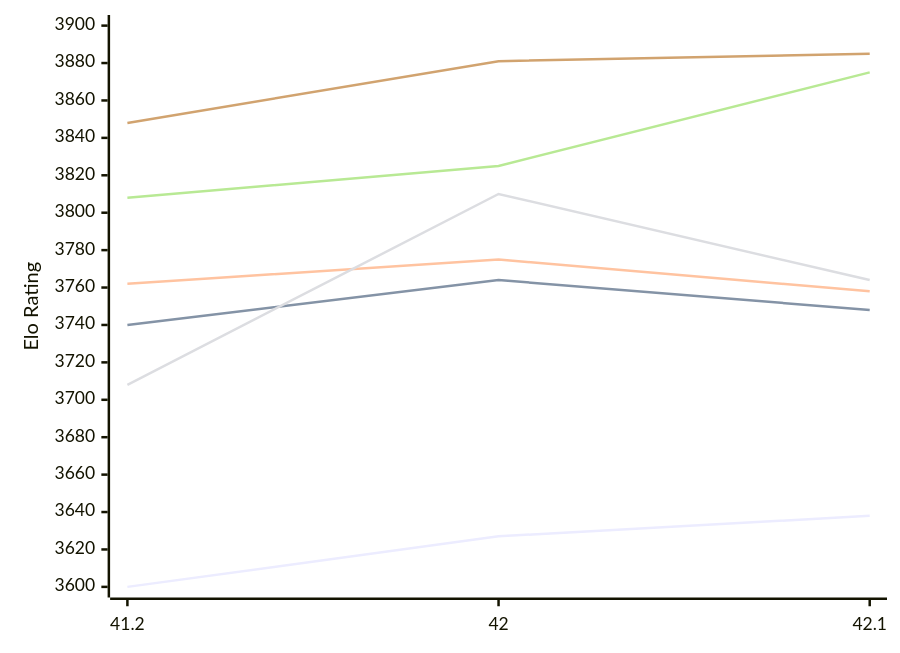
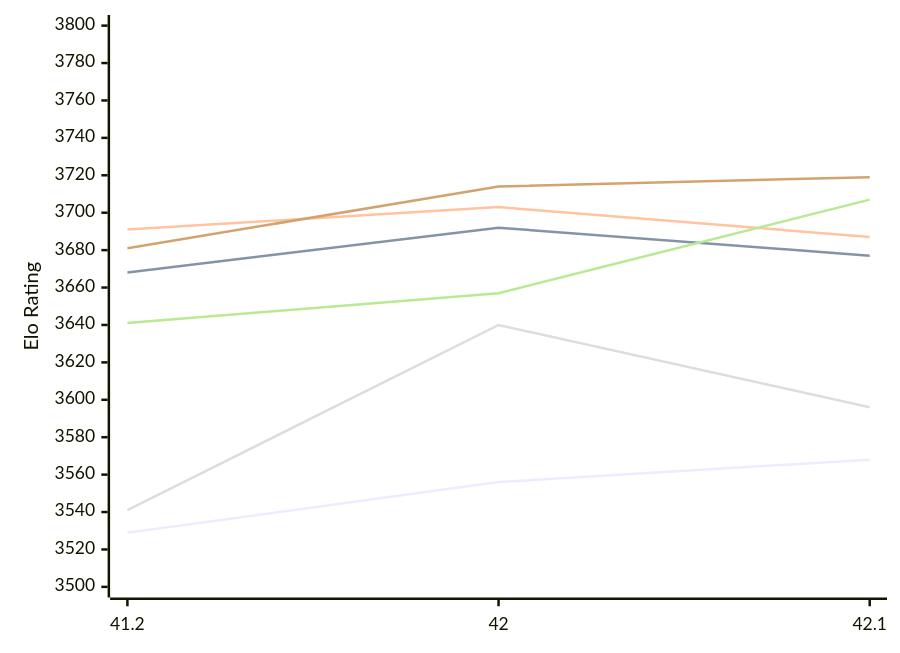
One commit to computer-chess-index/cci changed the first of 2 diagrams in engines/Shashchess.md. Above: the diagram before and after it, drawn with Mermaid. The commit also changed other lines of this file, not shown here.

Commit message:
Update CCI Ratings (ELO VLTC) - 2026-11-13

````diff
--- a/engines/Shashchess.md
+++ b/engines/Shashchess.md
@@ -52,12 +52,12 @@
 ```mermaid
 %%{init: {"theme":"base","themeVariables":{"seriesColors:['#a3a3a3','#222221','#faa371']}}}%%
 xychart-beta
   x-axis ["41.2", "42", "42.1"]
-  y-axis "Elo Rating" 3600 --> 3900
-  line "E1: STC (8.0+0.08s)" [3600, 3627, 3638]
-  line "E1: LTC (60.0+0.60s)" [3740, 3764, 3748]
-  line "E1: VLTC (2m24s+1.12s)" [3762, 3775, 3758]
-  line "P1: STC (8.0+0.08s)" [3708, 3810, 3764]
-  line "P1: LTC (60.0+0.60s)" [3808, 3825, 3875]
-  line "P1: VLTC (2m24s+1.12s)" [3848, 3881, 3885]
+  y-axis "Elo Rating" 3500 --> 3800
+  line "E1: STC (8.0+0.08s)" [3529, 3556, 3568]
+  line "E1: LTC (60.0+0.60s)" [3668, 3692, 3677]
+  line "E1: VLTC (2m24s+1.12s)" [3691, 3703, 3687]
+  line "P1: STC (8.0+0.08s)" [3541, 3640, 3596]
+  line "P1: LTC (60.0+0.60s)" [3641, 3657, 3707]
+  line "P1: VLTC (2m24s+1.12s)" [3681, 3714, 3719]
 ```
````
